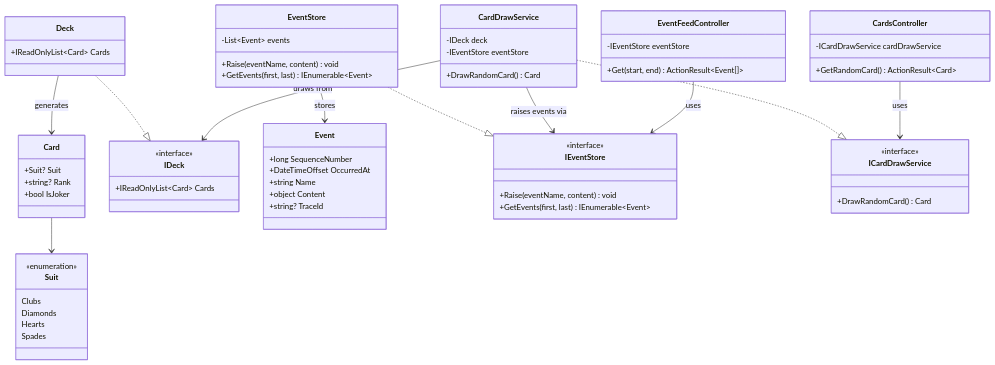
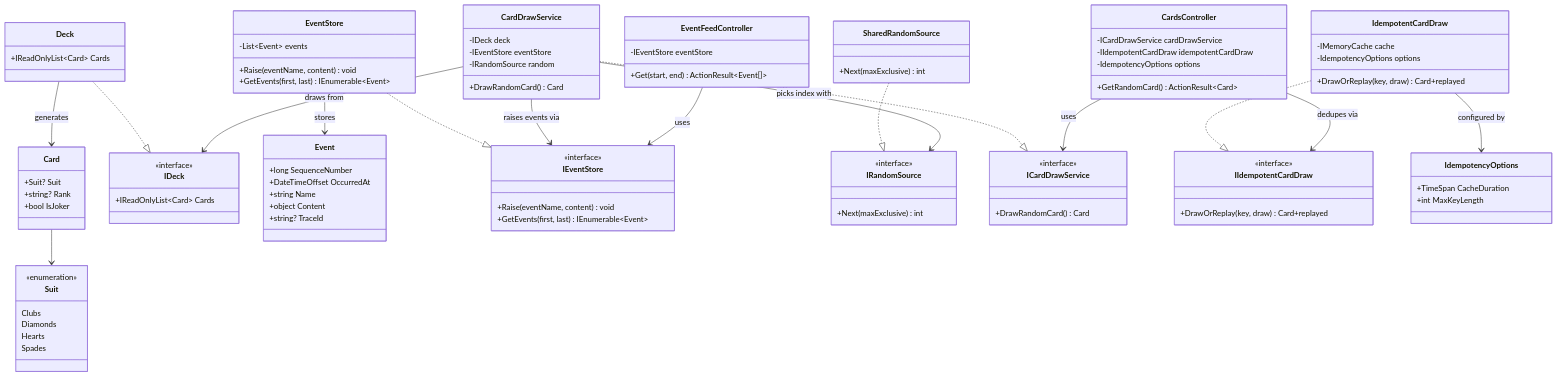
Before and after one commit to anit3k/diplom-storesys-card-drawer: the first of 2 diagrams in README.md, drawn with Mermaid. The commit also changed other lines of this file and 1 other file, not shown here.

```diff
--- a/README.md
+++ b/README.md
@@ -315,6 +350,13 @@
     +Raise(eventName, content) void
     +GetEvents(first, last) IEnumerable~Event~
   }
+  class IRandomSource {
+    <<interface>>
+    +Next(maxExclusive) int
+  }
+  class SharedRandomSource {
+    +Next(maxExclusive) int
+  }
   class ICardDrawService {
     <<interface>>
     +DrawRandomCard() Card
@@ -322,10 +364,26 @@
   class CardDrawService {
     -IDeck deck
     -IEventStore eventStore
+    -IRandomSource random
     +DrawRandomCard() Card
+  }
+  class IIdempotentCardDraw {
+    <<interface>>
+    +DrawOrReplay(key, draw) Card+replayed
+  }
+  class IdempotentCardDraw {
+    -IMemoryCache cache
+    -IdempotencyOptions options
+    +DrawOrReplay(key, draw) Card+replayed
+  }
+  class IdempotencyOptions {
+    +TimeSpan CacheDuration
+    +int MaxKeyLength
   }
   class CardsController {
     -ICardDrawService cardDrawService
+    -IIdempotentCardDraw idempotentCardDraw
+    -IdempotencyOptions options
     +GetRandomCard() ActionResult~Card~
   }
   class EventFeedController {
@@ -336,9 +394,14 @@
   Deck ..|> IDeck
   EventStore ..|> IEventStore
   CardDrawService ..|> ICardDrawService
+  SharedRandomSource ..|> IRandomSource
+  IdempotentCardDraw ..|> IIdempotentCardDraw
   CardDrawService --> IDeck : draws from
   CardDrawService --> IEventStore : raises events via
+  CardDrawService --> IRandomSource : picks index with
   CardsController --> ICardDrawService : uses
+  CardsController --> IIdempotentCardDraw : dedupes via
+  IdempotentCardDraw --> IdempotencyOptions : configured by
   EventFeedController --> IEventStore : uses
   EventStore --> Event : stores
   Deck --> Card : generates
```
